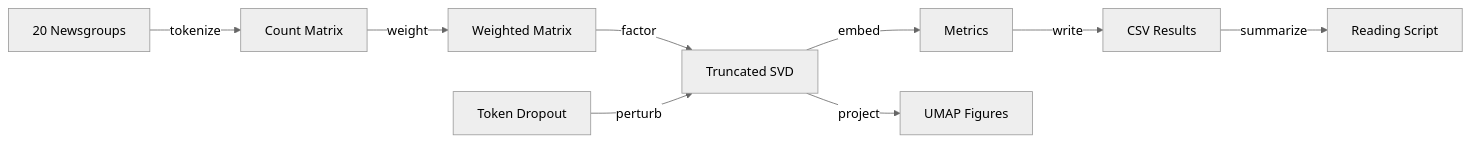
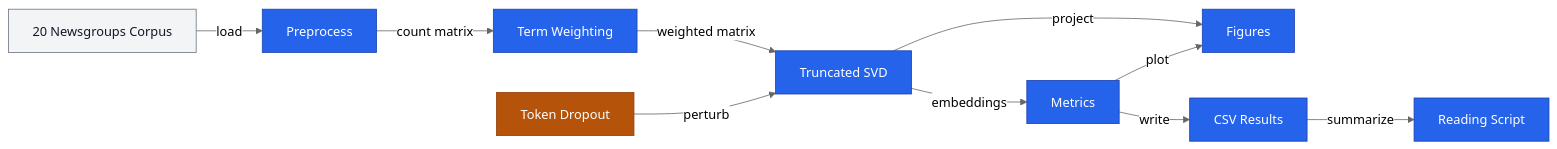
One commit to risingOnIP/LSA-Optimization changed the diagram in README.md. Above: the diagram before and after it, drawn with Mermaid. The commit also changed other lines of this file, not shown here.

Commit message:
docs: align README names and numbers with code and add banner and diagram colors

````diff
--- a/README.md
+++ b/README.md
@@ -38,12 +40,21 @@
 ```mermaid
 %%{init: {"theme": "neutral"}}%%
 flowchart LR
-    corpus["20 Newsgroups"] -->|"tokenize"| bow["Count Matrix"]
-    bow -->|"weight"| weighted["Weighted Matrix"]
-    weighted -->|"factor"| svd["Truncated SVD"]
-    svd -->|"embed"| metrics["Metrics"]
-    noise["Token Dropout"] -->|"perturb"| svd
+    corpus["20 Newsgroups Corpus"] -->|"load"| preprocess["Preprocess"]
+    preprocess -->|"count matrix"| weighting["Term Weighting"]
+    weighting -->|"weighted matrix"| svd["Truncated SVD"]
+    dropout["Token Dropout"] -->|"perturb"| svd
+    svd -->|"embeddings"| metrics["Metrics"]
+    svd -->|"project"| figures["Figures"]
+    metrics -->|"plot"| figures
     metrics -->|"write"| csv["CSV Results"]
-    svd -->|"project"| umap["UMAP Figures"]
     csv -->|"summarize"| report["Reading Script"]
+    class preprocess,weighting,svd,metrics,figures,csv,report core
+    class dropout threat
+    class corpus external
+    classDef core fill:#2563EB,stroke:#1E40AF,color:#FFFFFF
+    classDef guard fill:#15803D,stroke:#166534,color:#FFFFFF
+    classDef threat fill:#B45309,stroke:#92400E,color:#FFFFFF
+    classDef infra fill:#374151,stroke:#111827,color:#FFFFFF
+    classDef external fill:#F3F4F6,stroke:#6B7280,color:#111827
 ```
````
